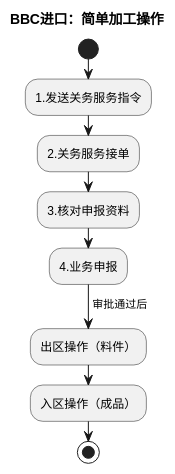
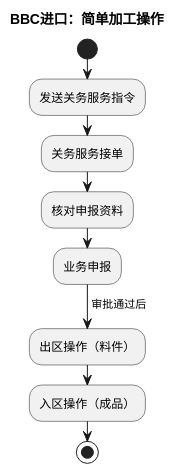
Before and after one commit to jack888332/projects-doc: the seventh of 12 diagrams in product-caliber/goldjet/segmented-prd/mainflow/PRD.高捷物流系统一期.主流程.06.跨境电商BBC进口详细流程.md, drawn with PlantUML. The commit also changed other lines of this file and 24 other files, not shown here.

````diff
--- a/product-caliber/goldjet/segmented-prd/mainflow/PRD.高捷物流系统一期.主流程.06.跨境电商BBC进口详细流程.md
+++ b/product-caliber/goldjet/segmented-prd/mainflow/PRD.高捷物流系统一期.主流程.06.跨境电商BBC进口详细流程.md
@@ -283,15 +283,15 @@
 ```plantuml
 @startuml
 skinparam activityDiamondBackgroundColor #FFF4CC
 title BBC进口：简单加工操作
 start
-:1.发送关务服务指令;
-:2.关务服务接单;
-:3.核对申报资料;
-:4.业务申报;
+:发送关务服务指令;
+:关务服务接单;
+:核对申报资料;
+:业务申报;
 -> 审批通过后;
 :出区操作（料件）;
 :入区操作（成品）;
 stop
 @enduml
 ```
````
